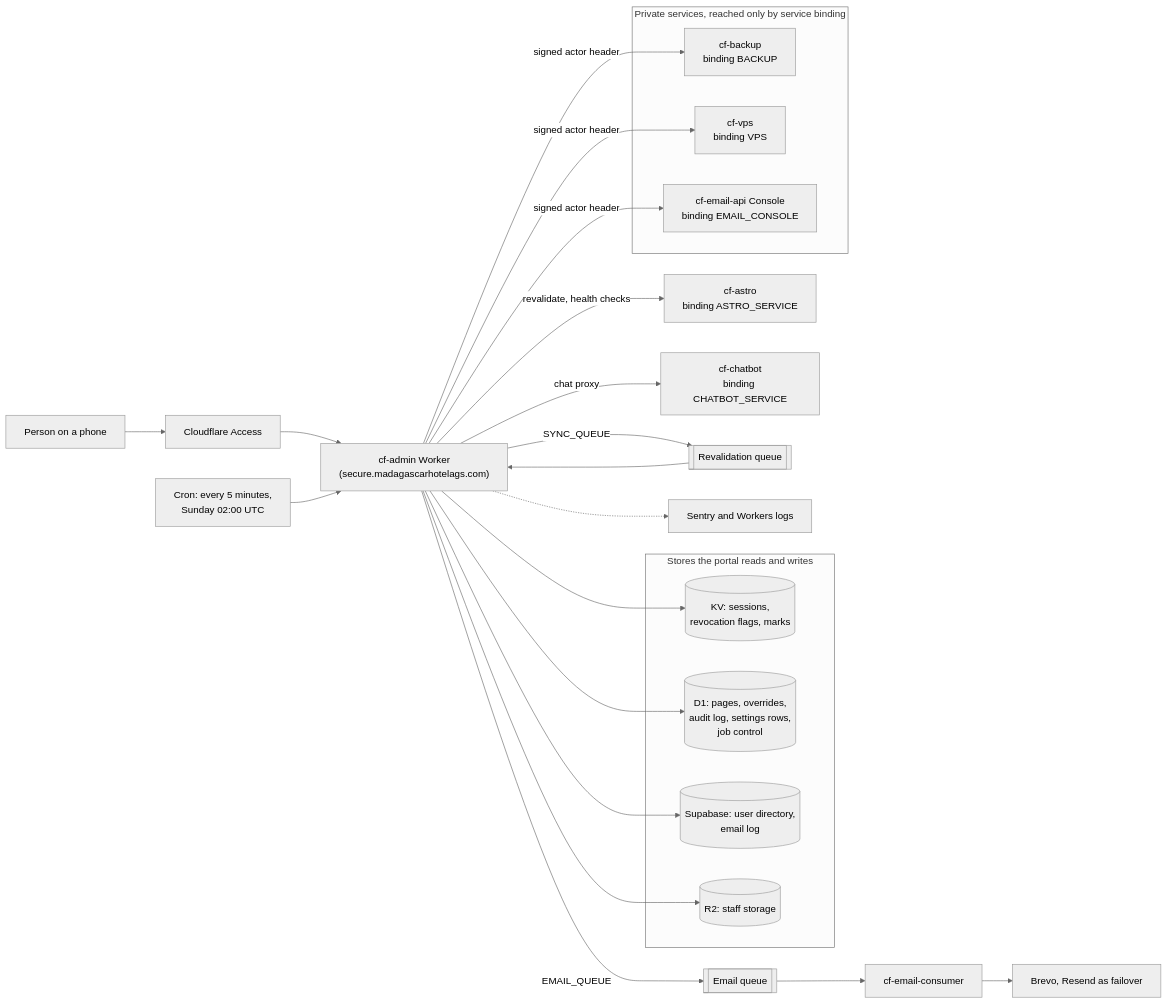
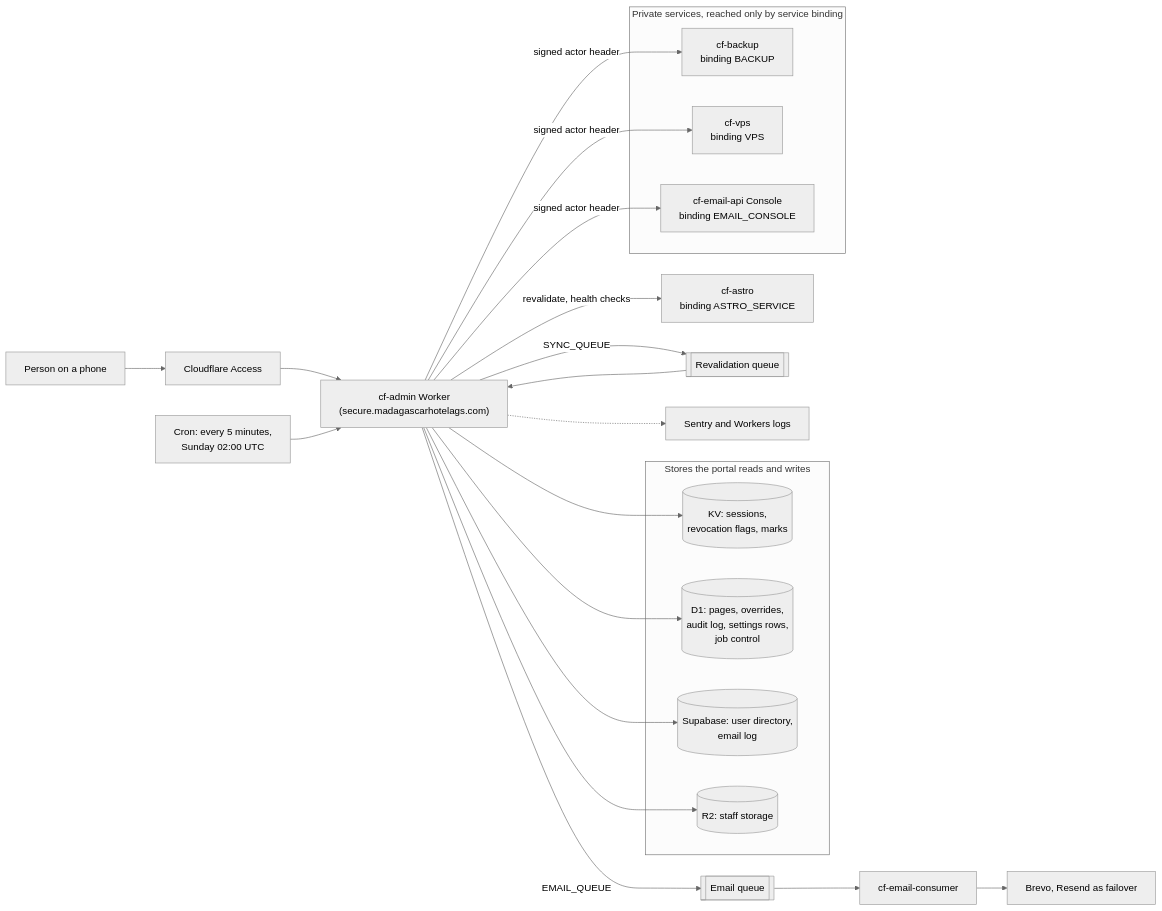
Before and after one commit to Harshil8136/chess-game1: the first of 7 diagrams in synced-docs/cf-admin/documentation/architecture/FLOWS-SERVICES-AND-JOBS.md, drawn with Mermaid (neutral theme). The commit also changed other lines of this file and 14 other files, not shown here.

````diff
--- a/synced-docs/cf-admin/documentation/architecture/FLOWS-SERVICES-AND-JOBS.md
+++ b/synced-docs/cf-admin/documentation/architecture/FLOWS-SERVICES-AND-JOBS.md
@@ -27,30 +27,29 @@
 ```mermaid
 flowchart LR
     U["Person on a phone"] --> ACC["Cloudflare Access"]
     ACC --> P["cf-admin Worker<br/>(secure.madagascarhotelags.com)"]
     subgraph STORES["Stores the portal reads and writes"]
         KV[("KV: sessions,<br/>revocation flags, marks")]
         D1[("D1: pages, overrides,<br/>audit log, settings rows,<br/>job control")]
         SB[("Supabase: user directory,<br/>email log")]
         R2[("R2: staff storage")]
     end
     P --> KV
     P --> D1
     P --> SB
     P --> R2
     subgraph PRIVATE["Private services, reached only by service binding"]
         BK["cf-backup<br/>binding BACKUP"]
         VP["cf-vps<br/>binding VPS"]
         EA["cf-email-api Console<br/>binding EMAIL_CONSOLE"]
     end
     P -->|"signed actor header"| BK
     P -->|"signed actor header"| VP
     P -->|"signed actor header"| EA
     P -->|"revalidate, health checks"| AS["cf-astro<br/>binding ASTRO_SERVICE"]
-    P -->|"chat proxy"| CB["cf-chatbot<br/>binding CHATBOT_SERVICE"]
     P -->|"EMAIL_QUEUE"| EQ[["Email queue"]]
     EQ --> EC["cf-email-consumer"] --> MAIL["Brevo, Resend as failover"]
     P -->|"SYNC_QUEUE"| SQ[["Revalidation queue"]] --> P
     CRON["Cron: every 5 minutes,<br/>Sunday 02:00 UTC"] --> P
     P -.-> SEN["Sentry and Workers logs"]
 ```
````
